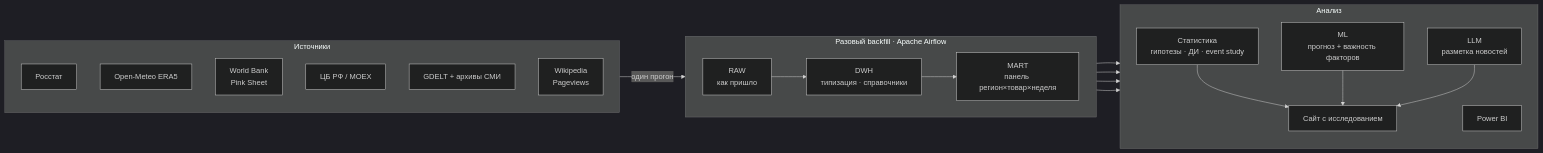
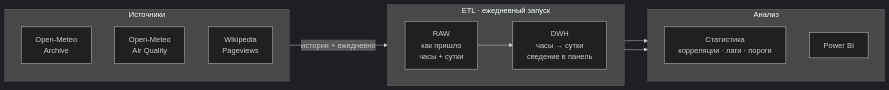
Before and after one commit to Shamil65/agro-price-etl-analytics: the diagram in README.md, drawn with Mermaid (dark theme). The commit also changed other lines of this file and 2 other files, not shown here.

````diff
--- a/README.md
+++ b/README.md
@@ -71,38 +75,26 @@
 ```mermaid
 flowchart LR
     subgraph SRC["Источники"]
         direction TB
-        S1["Росстат"]
-        S2["Open-Meteo ERA5"]
-        S3["World Bank<br/>Pink Sheet"]
-        S4["ЦБ РФ / MOEX"]
-        S5["GDELT + архивы СМИ"]
-        S6["Wikipedia<br/>Pageviews"]
+        S1["Open-Meteo<br/>Archive"]
+        S2["Open-Meteo<br/>Air Quality"]
+        S3["Wikipedia<br/>Pageviews"]
     end
 
-    subgraph ETL["Разовый backfill · Apache Airflow"]
+    subgraph ETL["ETL · ежедневный запуск"]
         direction LR
-        RAW["RAW<br/>как пришло"]
-        DWH["DWH<br/>типизация · справочники"]
-        MART["MART<br/>панель регион×товар×неделя"]
-        RAW --> DWH --> MART
+        RAW["RAW<br/>как пришло<br/>часы + сутки"]
+        DWH["DWH<br/>часы → сутки<br/>сведение в панель"]
+        RAW --> DWH
     end
 
     subgraph OUT["Анализ"]
         direction TB
-        STAT["Статистика<br/>гипотезы · ДИ · event study"]
-        ML["ML<br/>прогноз + важность факторов"]
-        LLM["LLM<br/>разметка новостей"]
+        AN["Статистика<br/>корреляции · лаги · пороги"]
         BI["Power BI"]
-        WEB["Сайт с исследованием"]
     end
 
-    SRC -->|"один прогон"| RAW
-    MART --> STAT
-    MART --> ML
-    MART --> LLM
-    MART --> BI
-    STAT --> WEB
-    ML --> WEB
-    LLM --> WEB
+    SRC -->|"история + ежедневно"| RAW
+    DWH --> AN
+    DWH --> BI
 ```
````
